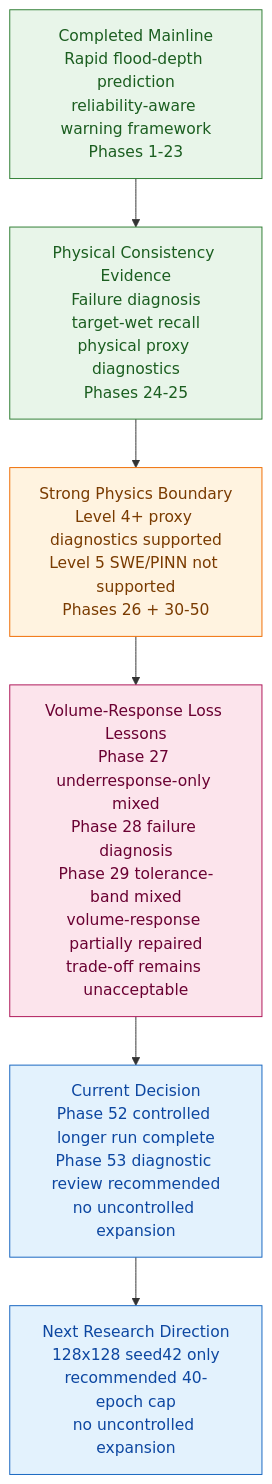
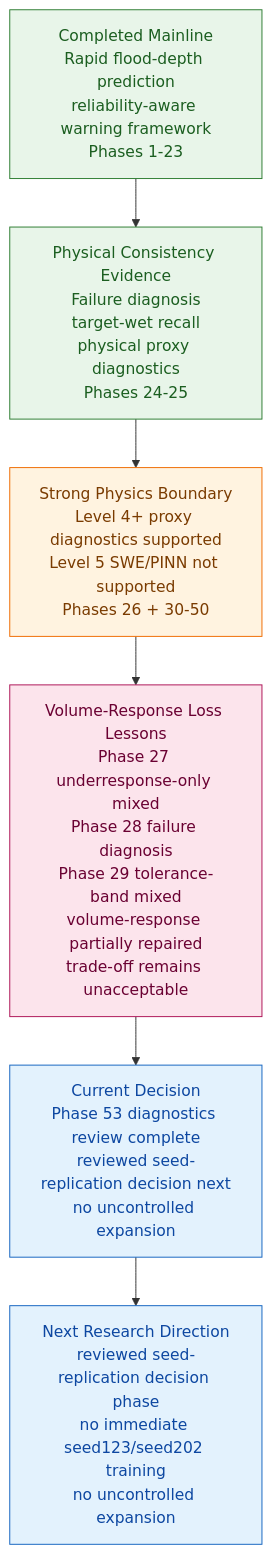
One commit to HolyLin990604/physics-guided-urban-flood-prediction changed the third of 3 diagrams in README.md. Above: the diagram before and after it, drawn with Mermaid. The commit also changed other lines of this file and 2 other files, not shown here.

Commit message:
docs: sync phase53 diagnostics review status

````diff
--- a/README.md
+++ b/README.md
@@ -536,16 +550,16 @@
 ```mermaid
 flowchart TD
     A["Completed Mainline<br/>Rapid flood-depth prediction<br/>reliability-aware warning framework<br/>Phases 1-23"]:::completed
     B["Physical Consistency Evidence<br/>Failure diagnosis<br/>target-wet recall<br/>physical proxy diagnostics<br/>Phases 24-25"]:::completed
     C["Strong Physics Boundary<br/>Level 4+ proxy diagnostics supported<br/>Level 5 SWE/PINN not supported<br/>Phases 26 + 30-50"]:::boundary
     D["Volume-Response Loss Lessons<br/>Phase 27 underresponse-only mixed<br/>Phase 28 failure diagnosis<br/>Phase 29 tolerance-band mixed<br/>volume-response partially repaired<br/>trade-off remains unacceptable"]:::diagnosis
-    E["Current Decision<br/>Phase 52 controlled longer run complete<br/>Phase 53 diagnostic review recommended<br/>no uncontrolled expansion"]:::current
-    F["Next Research Direction<br/>128x128 seed42 only<br/>recommended 40-epoch cap<br/>no uncontrolled expansion"]:::current
+    E["Current Decision<br/>Phase 53 diagnostics review complete<br/>reviewed seed-replication decision next<br/>no uncontrolled expansion"]:::current
+    F["Next Research Direction<br/>reviewed seed-replication decision phase<br/>no immediate seed123/seed202 training<br/>no uncontrolled expansion"]:::current
 
     A --> B --> C --> D --> E --> F
 
     classDef completed fill:#e8f5e9,stroke:#2e7d32,color:#1b5e20
     classDef boundary fill:#fff3e0,stroke:#ef6c00,color:#7a3b00
     classDef diagnosis fill:#fce4ec,stroke:#ad1457,color:#6a0032
     classDef current fill:#e3f2fd,stroke:#1565c0,color:#0d47a1
 ```
````
